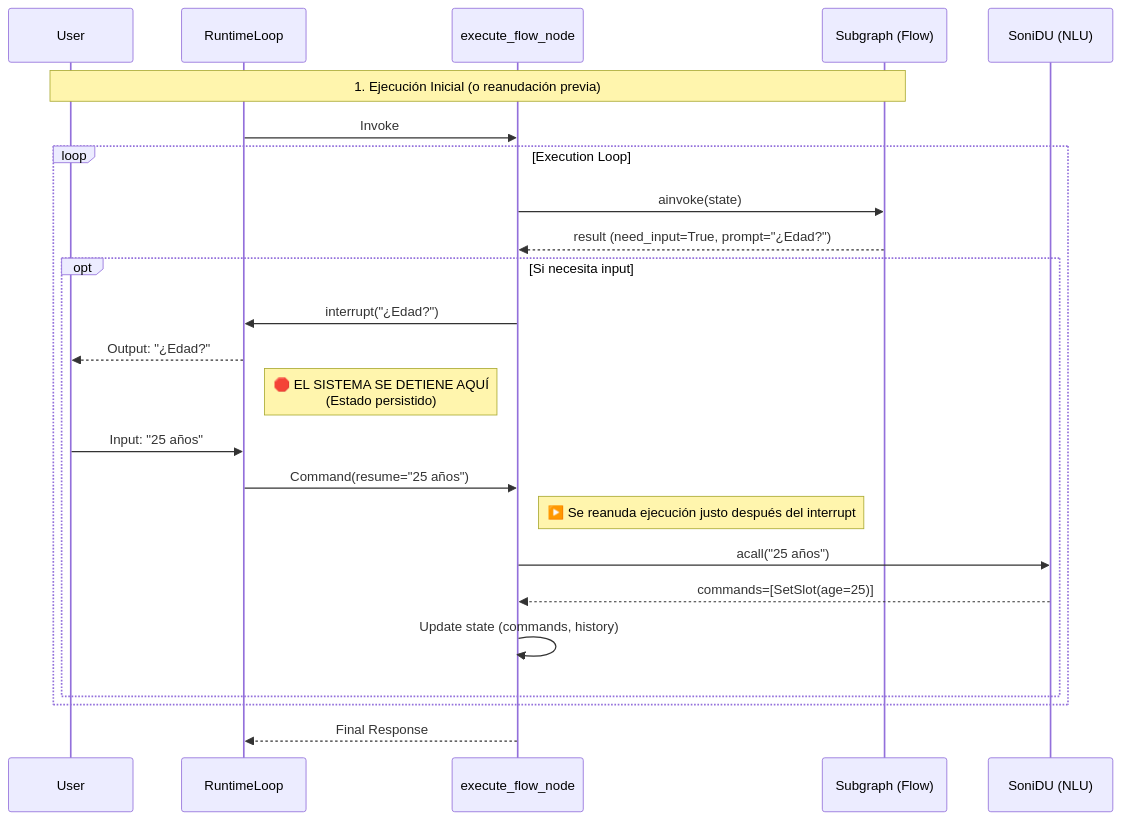
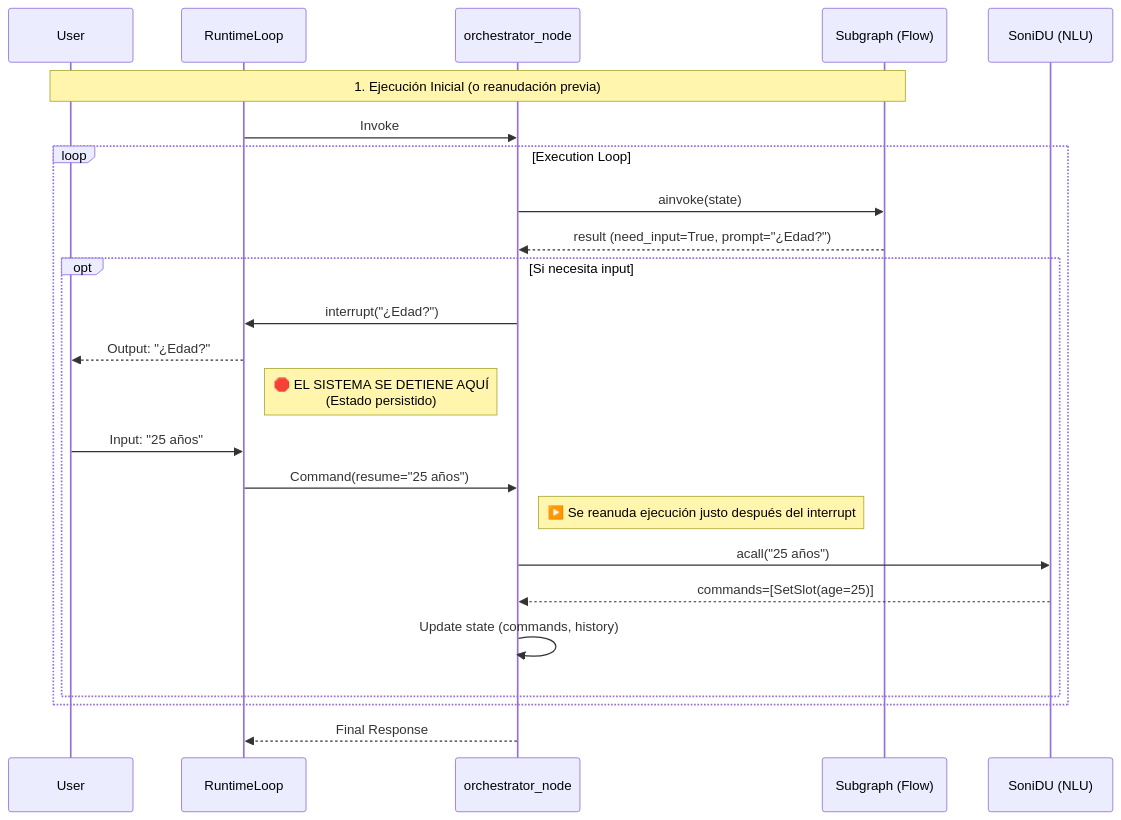
One commit to jmorenobl/soni changed the second of 2 diagrams in docs/architecture_overview.md. Above: the diagram before and after it, drawn with Mermaid. The commit also changed other lines of this file and 10 other files, not shown here.

````diff
--- a/docs/architecture_overview.md
+++ b/docs/architecture_overview.md
@@ -64,34 +64,34 @@
 ```mermaid
 sequenceDiagram
     participant User
     participant RL as RuntimeLoop
-    participant EX as execute_flow_node
+    participant ORCH as orchestrator_node
     participant Sub as Subgraph (Flow)
     participant NLU as SoniDU (NLU)
 
     Note over User, Sub: 1. Ejecución Inicial (o reanudación previa)
 
-    RL->>EX: Invoke
+    RL->>ORCH: Invoke
     loop Execution Loop
-        EX->>Sub: ainvoke(state)
-        Sub-->>EX: result (need_input=True, prompt="¿Edad?")
+        ORCH->>Sub: ainvoke(state)
+        Sub-->>ORCH: result (need_input=True, prompt="¿Edad?")
 
         opt Si necesita input
-            EX->>RL: interrupt("¿Edad?")
+            ORCH->>RL: interrupt("¿Edad?")
             RL-->>User: Output: "¿Edad?"
 
             Note right of RL: 🛑 EL SISTEMA SE DETIENE AQUÍ <br/>(Estado persistido)
 
             User->>RL: Input: "25 años"
-            RL->>EX: Command(resume="25 años")
+            RL->>ORCH: Command(resume="25 años")
 
-            Note right of EX: ▶️ Se reanuda ejecución justo después del interrupt
+            Note right of ORCH: ▶️ Se reanuda ejecución justo después del interrupt
 
-            EX->>NLU: acall("25 años")
-            NLU-->>EX: commands=[SetSlot(age=25)]
+            ORCH->>NLU: acall("25 años")
+            NLU-->>ORCH: commands=[SetSlot(age=25)]
 
-            EX->>EX: Update state (commands, history)
+            ORCH->>ORCH: Update state (commands, history)
         end
     end
-    EX-->>RL: Final Response
+    ORCH-->>RL: Final Response
 ```
````
